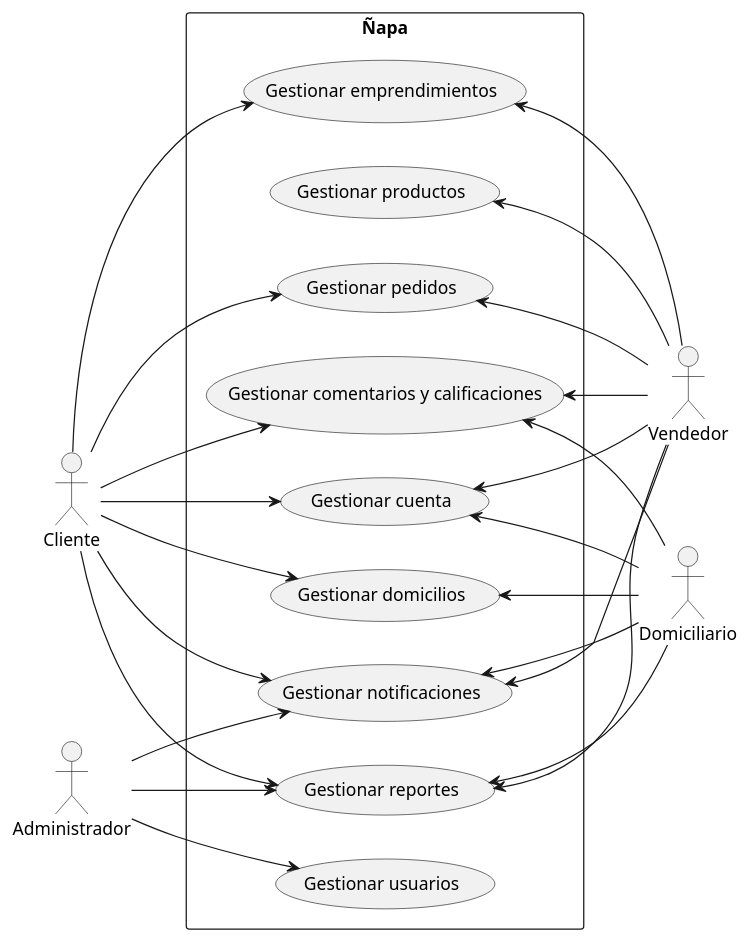
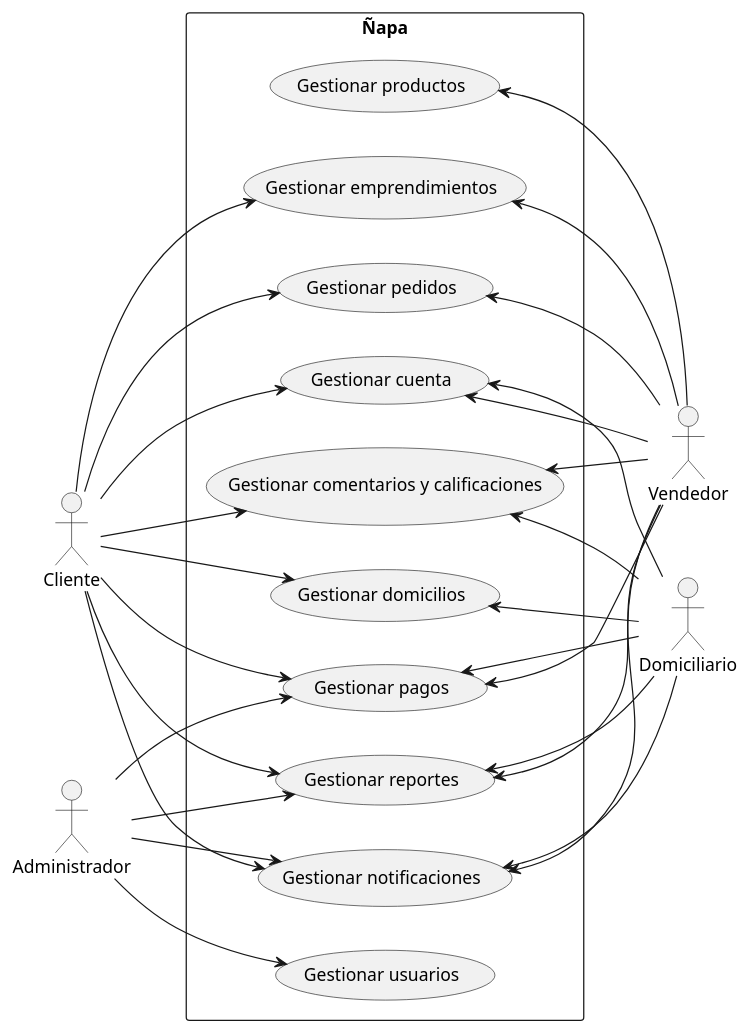
The diagram in casos de uso/nivel0.puml (RAAR-18/napa), drawn with PlantUML before and after one commit. The commit also changed 3 other files, not shown here.

Commit message:
feat(casos de uso): agregar gestionar pagos y corregir pedidos-domicilios.

```diff
--- a/casos de uso/nivel0.puml
+++ b/casos de uso/nivel0.puml
@@ -1,48 +1,53 @@
 @startuml
 
 left to right direction
 
 actor "Vendedor" as v
 actor "Cliente" as c
 actor "Domiciliario" as d
 actor "Administrador" as adm
 
 rectangle "Ñapa" {
     usecase "Gestionar pedidos" as UC1
     usecase "Gestionar domicilios" as UC2
     usecase "Gestionar productos" as UC3
     usecase "Gestionar usuarios" as UC4
     usecase "Gestionar emprendimientos" as UC5
     usecase "Gestionar comentarios y calificaciones" as UC6
     usecase "Gestionar reportes" as UC7
     usecase "Gestionar notificaciones" as UC8
     usecase "Gestionar cuenta" as UC9
+    usecase "Gestionar pagos" as UC10
 }
 
 UC1 <-- v
 UC3 <-- v
 UC5 <-- v
 UC7 <-- v
 UC8 <-- v
 UC9 <-- v
 UC6 <-- v
+UC10 <-- v
 
 c --> UC1
 c --> UC5
 c --> UC2
 c --> UC7
 c --> UC8
 c --> UC9
 c --> UC6
+c --> UC10
 
 adm --> UC4
 adm --> UC7
 adm --> UC8
+adm --> UC10
 
 UC2 <-- d
 UC7 <-- d
 UC8 <-- d
 UC9 <-- d
 UC6 <-- d
+UC10 <-- d
 
 @enduml
```
